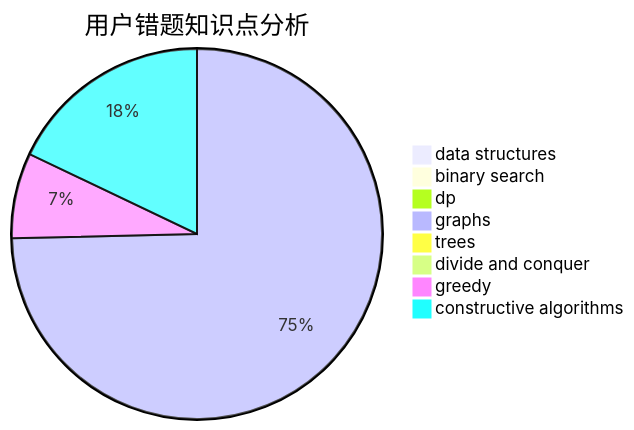
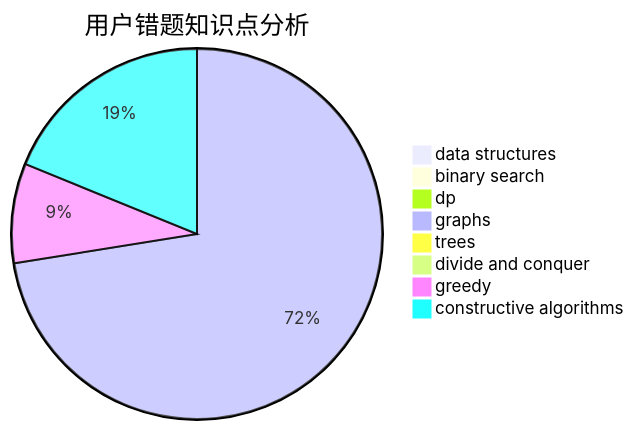
Before and after one commit to sherpahu/cfrs.github.io: the third of 3 diagrams in docs/user/u1483.md, drawn with Mermaid. The commit also changed other lines of this file and 2770 other files, not shown here.

````diff
--- a/docs/user/u1483.md
+++ b/docs/user/u1483.md
@@ -36,11 +36,11 @@
 ```mermaid
 pie title 用户错题知识点分析
     "data structures" :  0
     "binary search" :  0
     "dp" :  0
     "graphs" :  50
     "trees" :  0
     "divide and conquer" :  0
-    "greedy" :  5
-    "constructive algorithms" :  12
+    "greedy" :  6
+    "constructive algorithms" :  13
 ```
````
